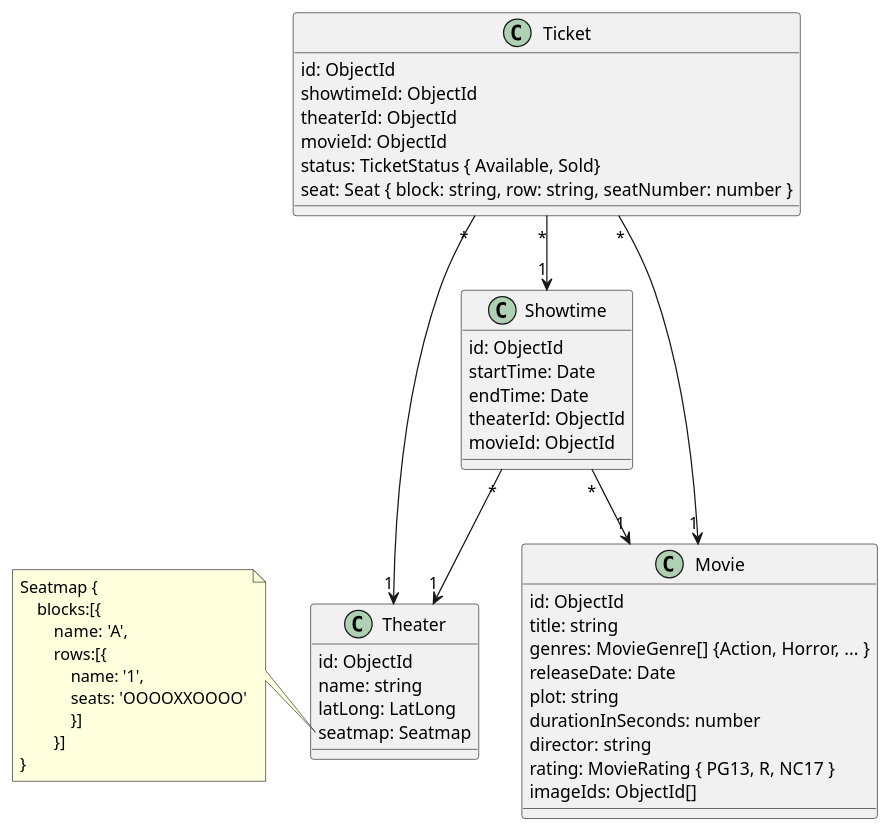
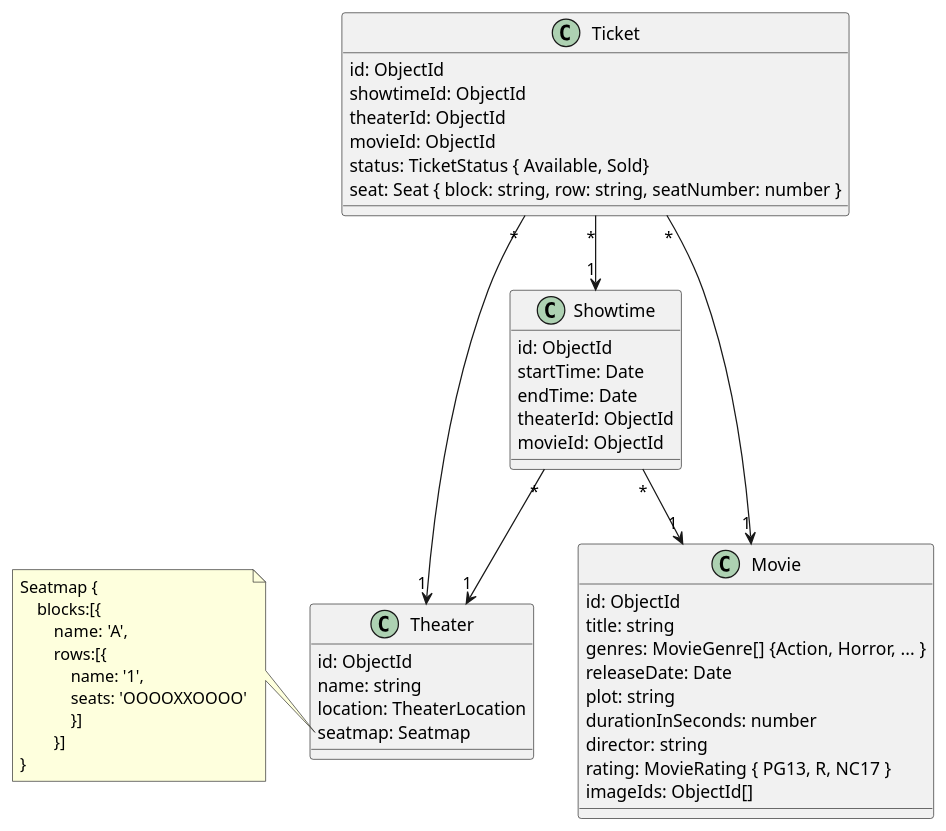
One commit to mannercode/mannercode.github.io changed the second of 16 diagrams in _posts/2025-06-01-backend-design-3.md. Above: the diagram before and after it, drawn with PlantUML. The commit also changed other lines of this file and 7 other files, not shown here.

```diff
--- a/_posts/2025-06-01-backend-design-3.md
+++ b/_posts/2025-06-01-backend-design-3.md
@@ -66,56 +66,56 @@
 {% plantuml %}
 @startuml
 class Movie {
     id: ObjectId
     title: string
     genres: MovieGenre[] {Action, Horror, ... }
     releaseDate: Date
     plot: string
     durationInSeconds: number
     director: string
     rating: MovieRating { PG13, R, NC17 }
     imageIds: ObjectId[]
 }
 
 class Theater {
     id: ObjectId
     name: string
-    latLong: LatLong
+    location: TheaterLocation
     seatmap: Seatmap
 }
 note left of Theater::seatmap
 Seatmap {
     blocks:[{
         name: 'A',
         rows:[{
             name: '1',
             seats: 'OOOOXXOOOO'
             }]
         }]
 }
 end note
 
 class Showtime {
     id: ObjectId
     startTime: Date
     endTime: Date
     theaterId: ObjectId
     movieId: ObjectId
 }
 
 class Ticket {
     id: ObjectId
     showtimeId: ObjectId
     theaterId: ObjectId
     movieId: ObjectId
     status: TicketStatus { Available, Sold}
     seat: Seat { block: string, row: string, seatNumber: number }
 }
 
 Ticket "*" --> "1" Showtime
 Ticket "*" --> "1" Movie
 Ticket "*" --> "1" Theater
 Showtime "*" --> "1" Movie
 Showtime "*" --> "1" Theater
 @enduml
 {% endplantuml %}
```
